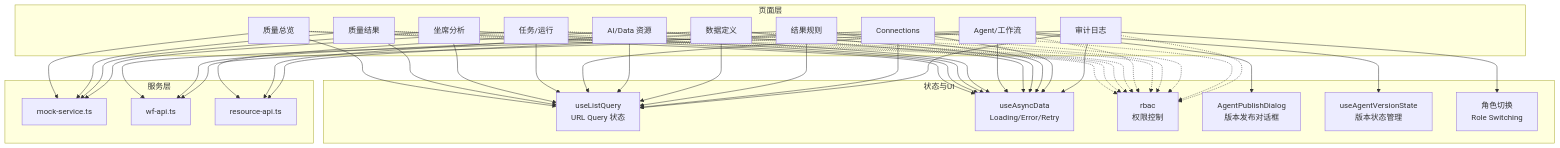
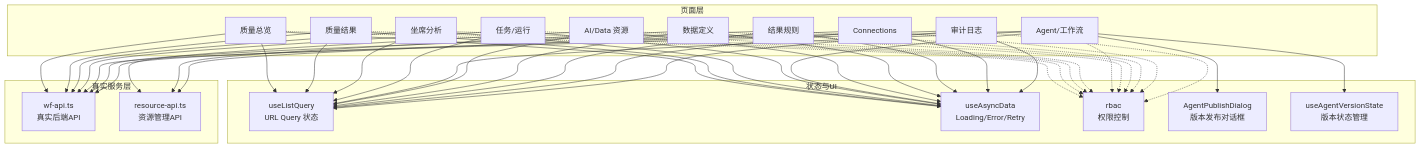
One commit to huiliuxu780/MoreThanCorn changed the second of 5 diagrams in .qoder/repowiki/zh/content/前端架构与页面清单.md. Above: the diagram before and after it, drawn with Mermaid. The commit also changed other lines of this file and 25 other files, not shown here.

````diff
--- a/.qoder/repowiki/zh/content/前端架构与页面清单.md
+++ b/.qoder/repowiki/zh/content/前端架构与页面清单.md
@@ -120,71 +125,68 @@
 ```mermaid
 graph TB
 subgraph "页面层"
 QO["质量总览"]
 QR["质量结果"]
 AA["坐席分析"]
 TK["任务/运行"]
 AG["Agent/工作流"]
 RS["AI/Data 资源"]
 DR["数据定义"]
 RR["结果规则"]
 CN["Connections"]
 AL["审计日志"]
 end
 subgraph "状态与UI"
 ULQ["useListQuery<br/>URL Query 状态"]
 UAD["useAsyncData<br/>Loading/Error/Retry"]
 RBAC["rbac<br/>权限控制"]
 APD["AgentPublishDialog<br/>版本发布对话框"]
 AVS["useAgentVersionState<br/>版本状态管理"]
-RC["角色切换<br/>Role Switching"]
 end
-subgraph "服务层"
-MS["mock-service.ts"]
-WFA["wf-api.ts"]
-RA["resource-api.ts"]
+subgraph "真实服务层"
+WFA["wf-api.ts<br/>真实后端API"]
+RA["resource-api.ts<br/>资源管理API"]
 end
 QO --> ULQ
 QR --> ULQ
 AA --> ULQ
 TK --> ULQ
 AG --> ULQ
 RS --> ULQ
 DR --> ULQ
 RR --> ULQ
 CN --> ULQ
 AL --> ULQ
 QO --> UAD
 QR --> UAD
 AA --> UAD
 TK --> UAD
 AG --> UAD
 RS --> UAD
 DR --> UAD
 RR --> UAD
 CN --> UAD
 AL --> UAD
-QO --> MS
-QR --> MS
-AA --> MS
-TK --> MS
+QO --> WFA
+QR --> WFA
+AA --> WFA
+TK --> WFA
 AG --> WFA
 RS --> RA
 DR --> RA
 RR --> WFA
 CN --> RA
 AL --> WFA
 QO -.-> RBAC
 QR -.-> RBAC
 AA -.-> RBAC
 TK -.-> RBAC
 AG -.-> RBAC
 RS -.-> RBAC
 DR -.-> RBAC
 RR -.-> RBAC
 CN -.-> RBAC
 AL -.-> RBAC
 AG --> APD
 AG --> AVS
-AL --> RC
 ```
````
